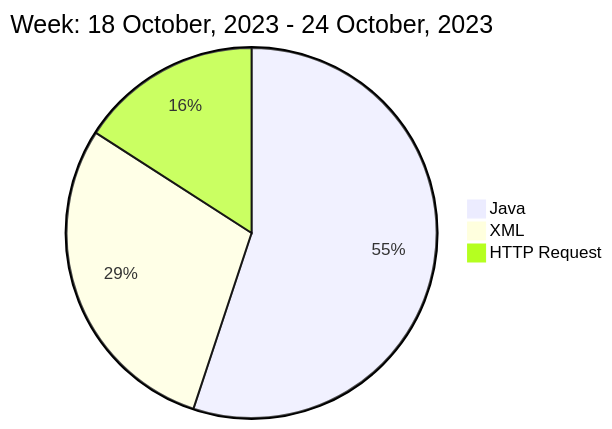
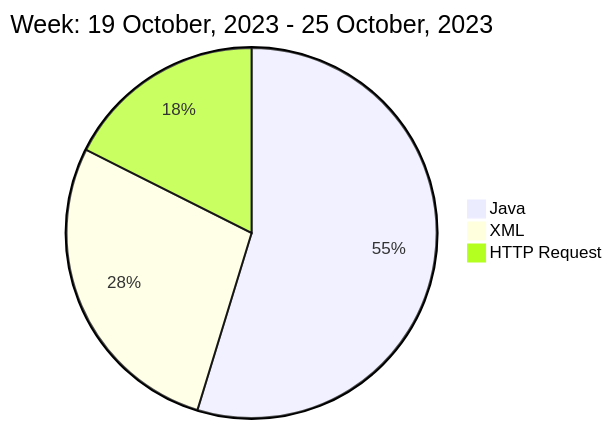
One commit to liubin95/liubin95 changed the diagram in README.md. Above: the diagram before and after it, drawn with Mermaid.

Commit message:
Updated the Graph with new Metrics

````diff
--- a/README.md
+++ b/README.md
@@ -40,7 +40,7 @@
 ```mermaid
  pie
-title Week: 18 October, 2023 - 24 October, 2023
- "Java" : 6.93
- "XML" : 3.65
- "HTTP Request" : 2.0
+title Week: 19 October, 2023 - 25 October, 2023
+ "Java" : 7.47
+ "XML" : 3.78
+ "HTTP Request" : 2.4
 ```
````
